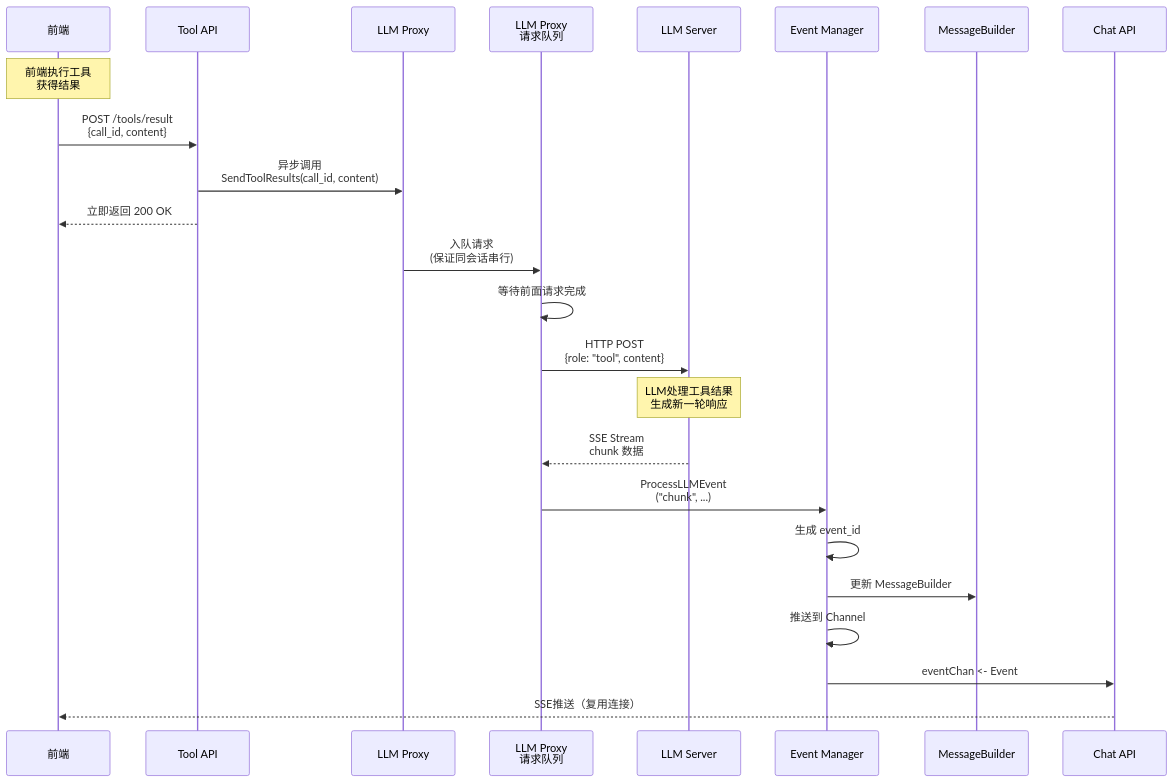
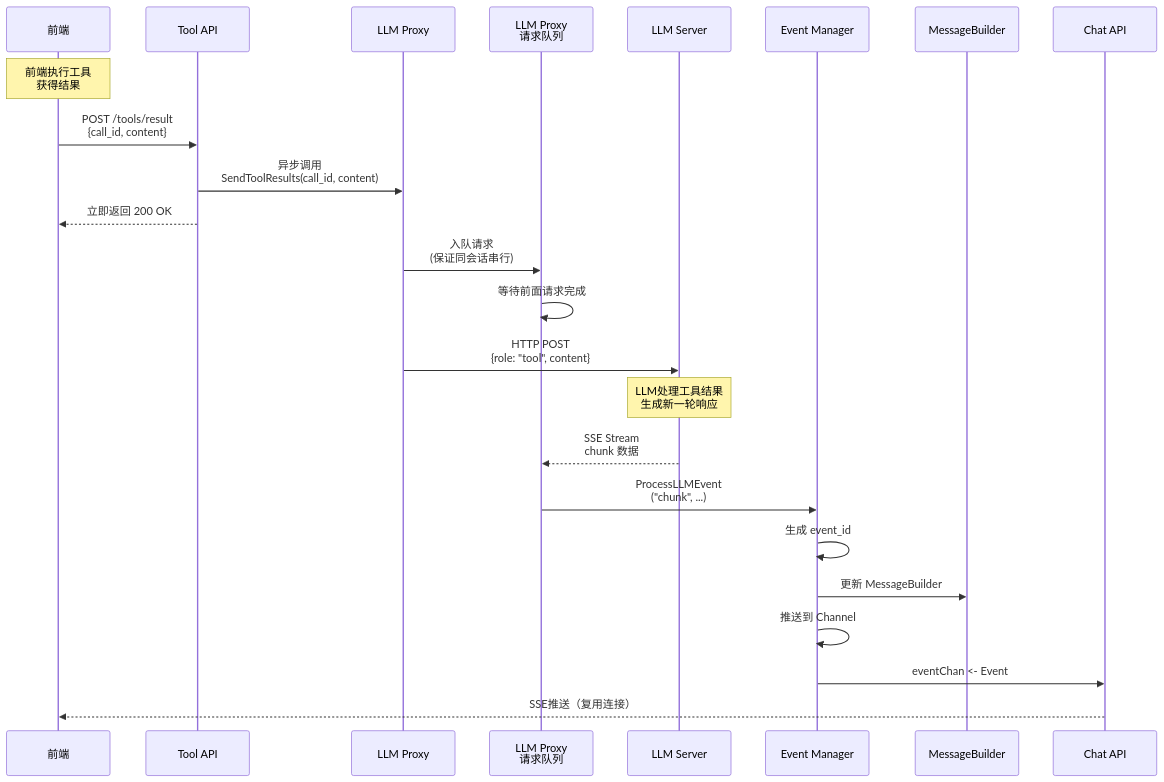
The diagram in all/未命名-10.md (yingjianzh/iodraw-files), drawn with Mermaid before and after one commit.

Commit message:
2025-12-24 11:20:54 update

````diff
--- a/all/未命名-10.md
+++ b/all/未命名-10.md
@@ -1,36 +1,36 @@
 ```mermaid
 sequenceDiagram
     participant FE as 前端
     participant ToolAPI as Tool API
     participant LLMProxy as LLM Proxy
     participant Queue as LLM Proxy<br/>请求队列
     participant LLMServer as LLM Server
     participant EventMgr as Event Manager
     participant Builder as MessageBuilder
     participant ChatAPI as Chat API
 
     Note over FE: 前端执行工具<br/>获得结果
 
     FE->>ToolAPI: POST /tools/result<br/>{call_id, content}
     
     ToolAPI->>LLMProxy: 异步调用<br/>SendToolResults(call_id, content)
     ToolAPI-->>FE: 立即返回 200 OK
     
     LLMProxy->>Queue: 入队请求<br/>(保证同会话串行)
     Queue->>Queue: 等待前面请求完成
     
-    Queue->>LLMServer: HTTP POST<br/>{role: "tool", content}
+    LLMProxy->>LLMServer: HTTP POST<br/>{role: "tool", content}
     
     Note over LLMServer: LLM处理工具结果<br/>生成新一轮响应
     
     LLMServer-->>Queue: SSE Stream<br/>chunk 数据
     
     Queue->>EventMgr: ProcessLLMEvent<br/>("chunk", ...)
     
     EventMgr->>EventMgr: 生成 event_id
     EventMgr->>Builder: 更新 MessageBuilder
     EventMgr->>EventMgr: 推送到 Channel
     
     EventMgr->>ChatAPI: eventChan <- Event
     ChatAPI-->>FE: SSE推送（复用连接）
 ```
````
